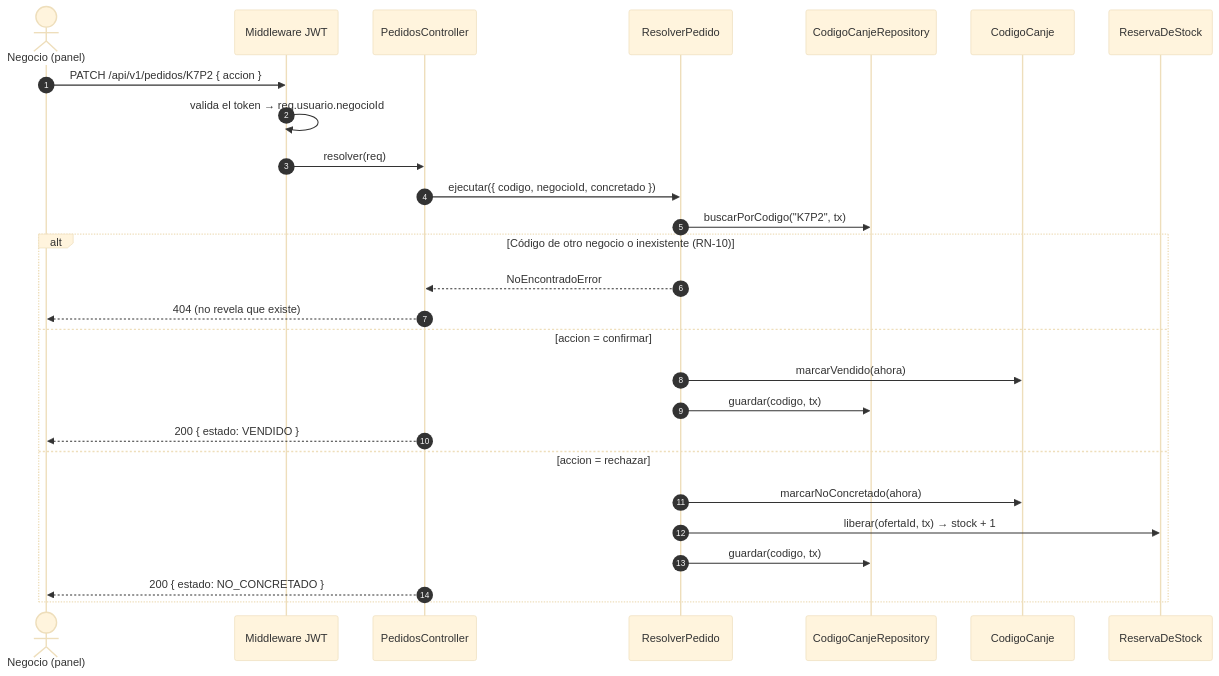
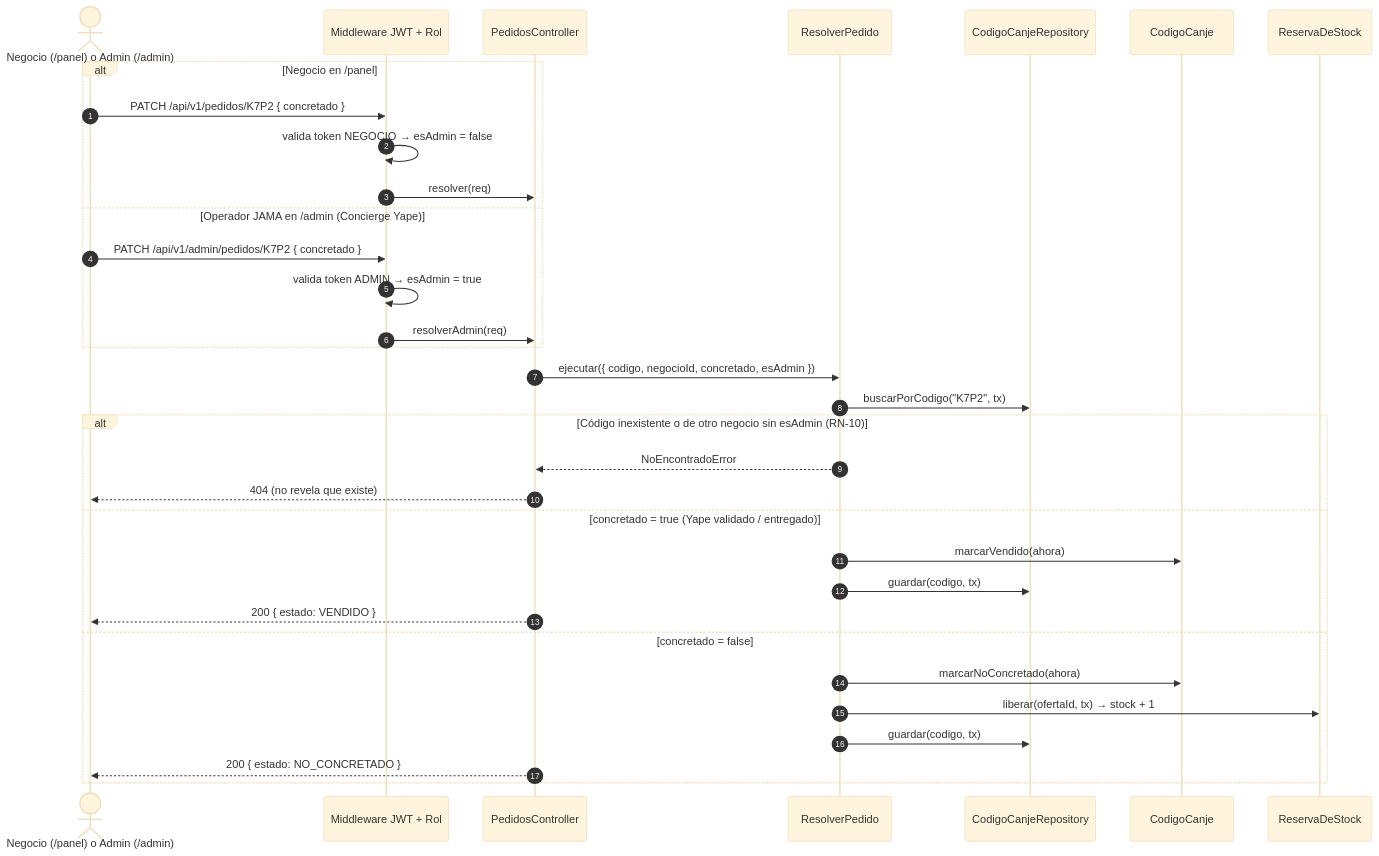
The third of 4 diagrams in docs/04-modelo-c4/Nivel4-DiagramadeCodigo.md (lovableprojectscx/JAMA), drawn with Mermaid (base theme) before and after one commit. The commit also changed other lines of this file and 33 other files, not shown here.

Commit message:
docs: agrupar requisitos funcionales, crear mapa maestro, ERD y regenerar 20 diagramas PNG

````diff
--- a/docs/04-modelo-c4/Nivel4-DiagramadeCodigo.md
+++ b/docs/04-modelo-c4/Nivel4-DiagramadeCodigo.md
@@ -143,30 +143,36 @@
 ```mermaid
 sequenceDiagram
     autonumber
-    actor N as Negocio (panel)
-    participant MW as Middleware JWT
+    actor O as Negocio (/panel) o Admin (/admin)
+    participant MW as Middleware JWT + Rol
     participant CT as PedidosController
     participant UC as ResolverPedido
     participant RP as CodigoCanjeRepository
     participant CC as CodigoCanje
     participant RS as ReservaDeStock
 
-    N->>MW: PATCH /api/v1/pedidos/K7P2 { accion }
-    MW->>MW: valida el token → req.usuario.negocioId
-    MW->>CT: resolver(req)
-    CT->>UC: ejecutar({ codigo, negocioId, concretado })
+    alt Negocio en /panel
+        O->>MW: PATCH /api/v1/pedidos/K7P2 { concretado }
+        MW->>MW: valida token NEGOCIO → esAdmin = false
+        MW->>CT: resolver(req)
+    else Operador JAMA en /admin (Concierge Yape)
+        O->>MW: PATCH /api/v1/admin/pedidos/K7P2 { concretado }
+        MW->>MW: valida token ADMIN → esAdmin = true
+        MW->>CT: resolverAdmin(req)
+    end
+    CT->>UC: ejecutar({ codigo, negocioId, concretado, esAdmin })
     UC->>RP: buscarPorCodigo("K7P2", tx)
-    alt Código de otro negocio o inexistente (RN-10)
+    alt Código inexistente o de otro negocio sin esAdmin (RN-10)
         UC-->>CT: NoEncontradoError
-        CT-->>N: 404 (no revela que existe)
-    else accion = confirmar
+        CT-->>O: 404 (no revela que existe)
+    else concretado = true (Yape validado / entregado)
         UC->>CC: marcarVendido(ahora)
         UC->>RP: guardar(codigo, tx)
-        CT-->>N: 200 { estado: VENDIDO }
-    else accion = rechazar
+        CT-->>O: 200 { estado: VENDIDO }
+    else concretado = false
         UC->>CC: marcarNoConcretado(ahora)
-        UC->>RS: liberar(ofertaId, tx)  → stock + 1
+        UC->>RS: liberar(ofertaId, tx) → stock + 1
         UC->>RP: guardar(codigo, tx)
-        CT-->>N: 200 { estado: NO_CONCRETADO }
+        CT-->>O: 200 { estado: NO_CONCRETADO }
     end
 ```
````
